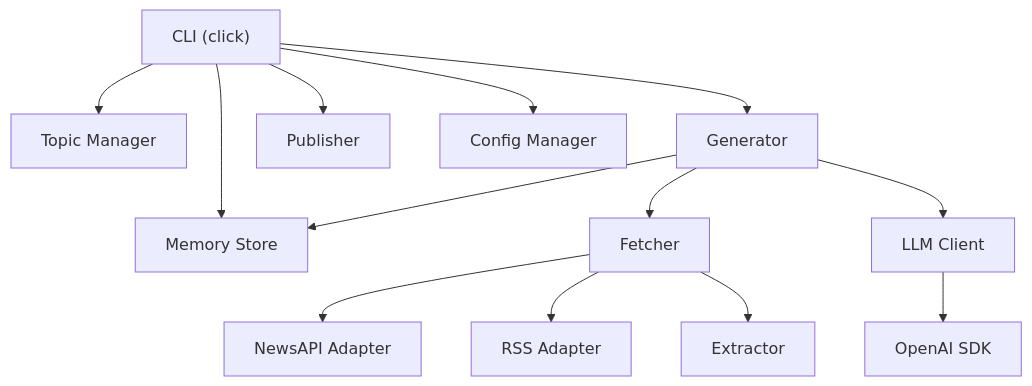
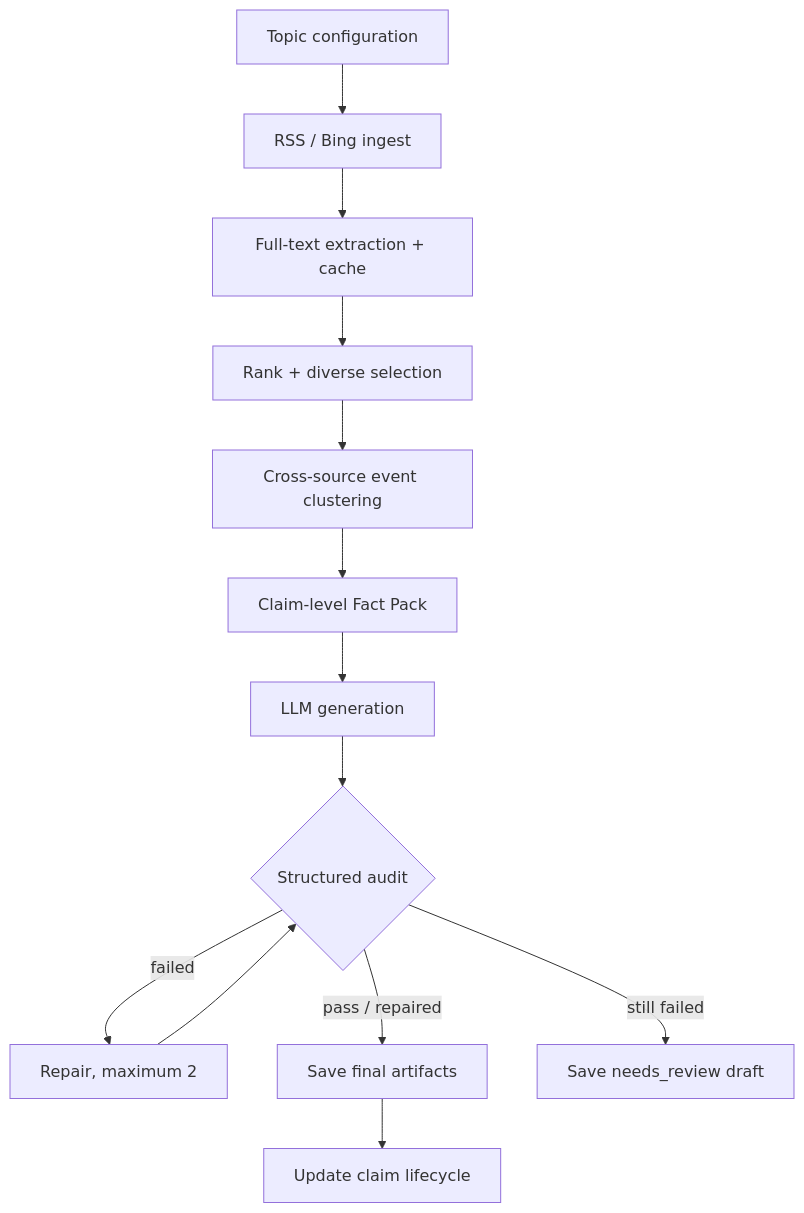
One commit to YinL04/NewsWeaver changed the diagram in PRD.md. Above: the diagram before and after it, drawn with Mermaid. The commit also changed other lines of this file and 28 other files, not shown here.

````diff
--- a/PRD.md
+++ b/PRD.md
@@ -143,15 +29,15 @@
 ```mermaid
-graph TD
-    A["CLI (click)"] --> B["Topic Manager"]
-    A --> C["Generator"]
-    A --> D["Memory Store"]
-    A --> E["Publisher"]
-    A --> F["Config Manager"]
-    C --> G["Fetcher"]
-    C --> D
-    C --> H["LLM Client"]
-    G --> I["NewsAPI Adapter"]
-    G --> J["RSS Adapter"]
-    G --> K["Extractor"]
-    H --> L["OpenAI SDK"]
+flowchart TD
+    Topic["Topic configuration"] --> Ingest["RSS / Bing ingest"]
+    Ingest --> Extract["Full-text extraction + cache"]
+    Extract --> Rank["Rank + diverse selection"]
+    Rank --> Cluster["Cross-source event clustering"]
+    Cluster --> Claims["Claim-level Fact Pack"]
+    Claims --> Generate["LLM generation"]
+    Generate --> Audit{"Structured audit"}
+    Audit -- "failed" --> Repair["Repair, maximum 2"]
+    Repair --> Audit
+    Audit -- "pass / repaired" --> Save["Save final artifacts"]
+    Save --> Memory["Update claim lifecycle"]
+    Audit -- "still failed" --> Review["Save needs_review draft"]
 ```
````
